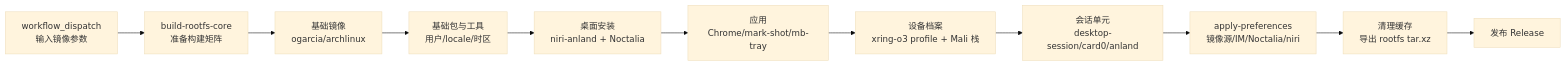
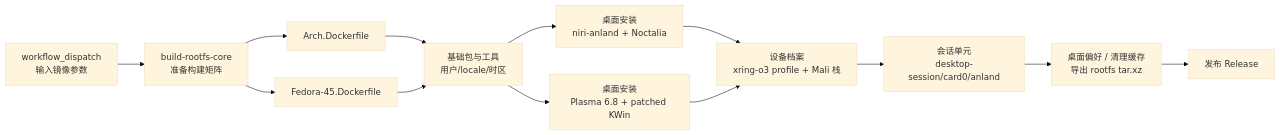
One commit to collegeming/Droidspaces-Arch-Niri-rootfs-builder changed the diagram in README.md. Above: the diagram before and after it, drawn with Mermaid (base theme). The commit also changed other lines of this file and 4 other files, not shown here.

````diff
--- a/README.md
+++ b/README.md
@@ -36,13 +43,15 @@
 ```mermaid
 flowchart LR
     A[workflow_dispatch<br/>输入镜像参数] --> B[build-rootfs-core<br/>准备构建矩阵]
-    B --> C[基础镜像<br/>ogarcia/archlinux]
-    C --> D[基础包与工具<br/>用户/locale/时区]
-    D --> E[桌面安装<br/>niri-anland + Noctalia]
-    E --> F[应用<br/>Chrome/mark-shot/mb-tray]
-    F --> G[设备档案<br/>xring-o3 profile + Mali 栈]
-    G --> H[会话单元<br/>desktop-session/card0/anland]
-    H --> I[apply-preferences<br/>镜像源/IM/Noctalia/niri]
-    I --> J[清理缓存<br/>导出 rootfs tar.xz]
-    J --> K[发布 Release]
+    B --> C1[Arch.Dockerfile]
+    B --> C2[Fedora-45.Dockerfile]
+    C1 --> D[基础包与工具<br/>用户/locale/时区]
+    C2 --> D
+    D --> E1[桌面安装<br/>niri-anland + Noctalia]
+    D --> E2[桌面安装<br/>Plasma 6.8 + patched KWin]
+    E1 --> F[设备档案<br/>xring-o3 profile + Mali 栈]
+    E2 --> F
+    F --> G[会话单元<br/>desktop-session/card0/anland]
+    G --> H[桌面偏好 / 清理缓存<br/>导出 rootfs tar.xz]
+    H --> I[发布 Release]
 ```
````
